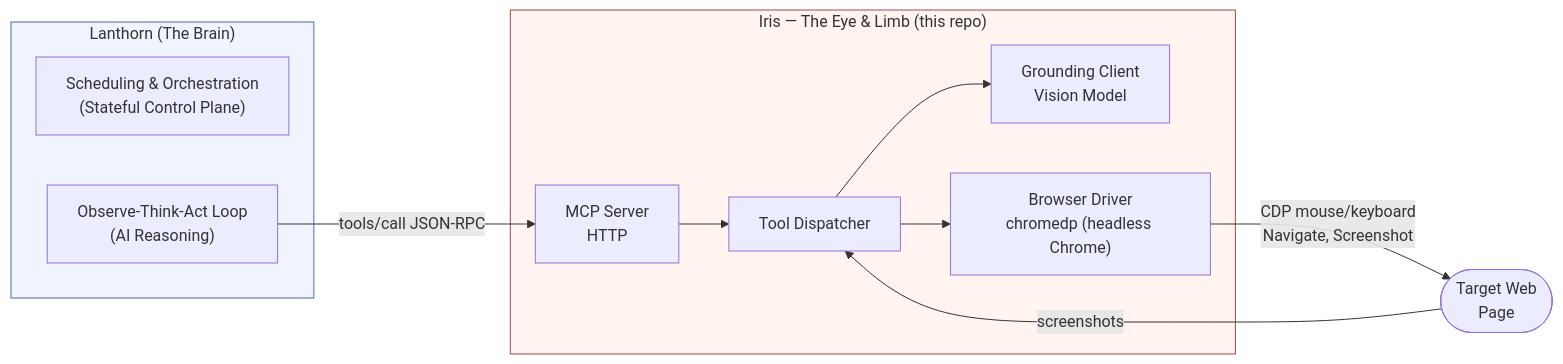
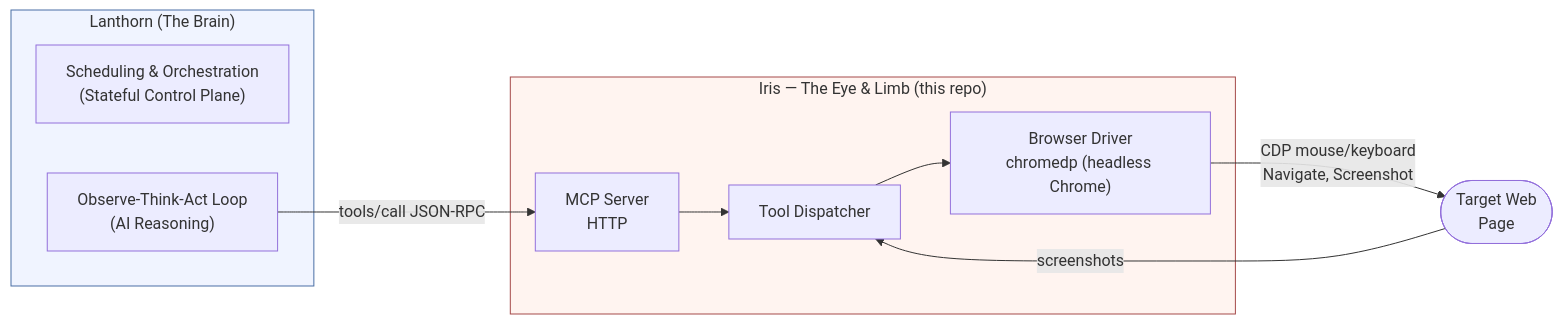
Before and after one commit to LanthornHQ/iris: the diagram in architecture.md, drawn with Mermaid. The commit also changed other lines of this file and 1 other file, not shown here.

Commit message:
docs: remove grounding and verify_screen references to align with stateless codebase

````diff
--- a/architecture.md
+++ b/architecture.md
@@ -9,26 +9,24 @@
 ```mermaid
 graph LR
     subgraph LAN["Lanthorn (The Brain)"]
         ORCH["Scheduling & Orchestration\n(Stateful Control Plane)"]
         REASON["Observe-Think-Act Loop\n(AI Reasoning)"]
     end
 
     subgraph IRIS["Iris — The Eye & Limb (this repo)"]
         MCP["MCP Server\nHTTP"]
         DISPATCH["Tool Dispatcher"]
-        GR["Grounding Client\nVision Model"]
         BROWSER["Browser Driver\nchromedp (headless Chrome)"]
     end
 
     TARGET(["Target Web\nPage"])
 
     REASON -->|"tools/call JSON-RPC"| MCP
     MCP --> DISPATCH
-    DISPATCH --> GR
     DISPATCH --> BROWSER
     BROWSER -->|"CDP mouse/keyboard\nNavigate, Screenshot"| TARGET
     TARGET -->|"screenshots"| DISPATCH
 
     style LAN fill:#f0f4ff,stroke:#4a6fa5
     style IRIS fill:#fff4f0,stroke:#a54a4a
 ```
````
